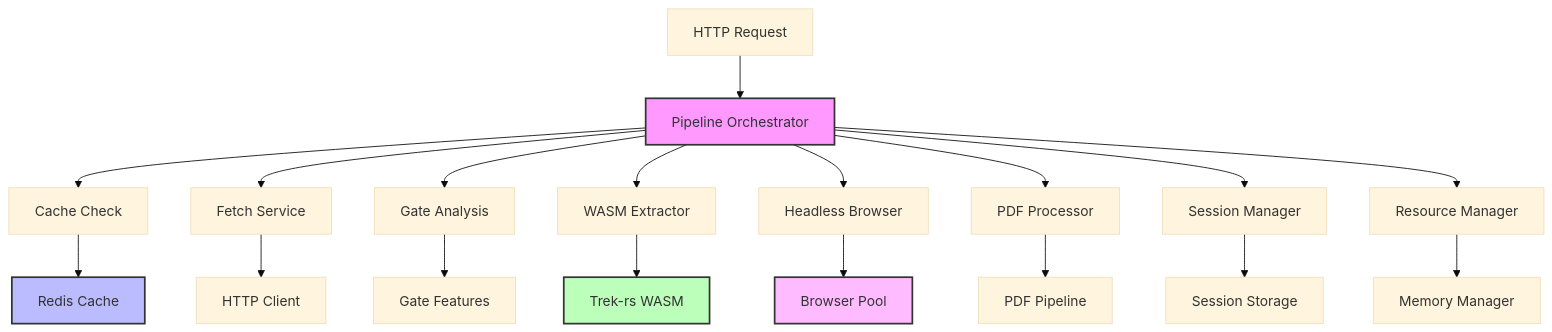
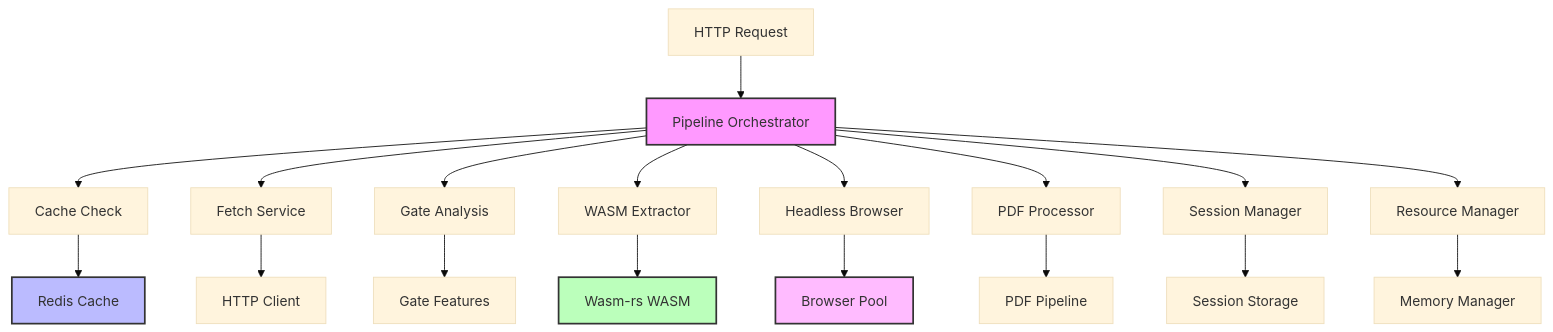
Before and after one commit to foofork/riptidecrawler: the first of 6 diagrams in docs/architecture/integration-crosswalk.md, drawn with Mermaid (base theme). The commit also changed 219 other files, not shown here.

First line of the commit message:
refactor: complete removal of trek references, migrate to wasm terminology

````diff
--- a/docs/architecture/integration-crosswalk.md
+++ b/docs/architecture/integration-crosswalk.md
@@ -18,26 +18,26 @@
 ```mermaid
 graph TD
     A[HTTP Request] --> B[Pipeline Orchestrator]
     B --> C[Cache Check]
     B --> D[Fetch Service]
     B --> E[Gate Analysis]
     B --> F[WASM Extractor]
     B --> G[Headless Browser]
     B --> H[PDF Processor]
     B --> I[Session Manager]
     B --> J[Resource Manager]
 
     C --> K[Redis Cache]
     D --> L[HTTP Client]
     E --> M[Gate Features]
-    F --> N[Trek-rs WASM]
+    F --> N[Wasm-rs WASM]
     G --> O[Browser Pool]
     H --> P[PDF Pipeline]
     I --> Q[Session Storage]
     J --> R[Memory Manager]
 
     style B fill:#f9f,stroke:#333,stroke-width:2px
     style K fill:#bbf,stroke:#333,stroke-width:2px
     style N fill:#bfb,stroke:#333,stroke-width:2px
     style O fill:#fbf,stroke:#333,stroke-width:2px
 ```
````
